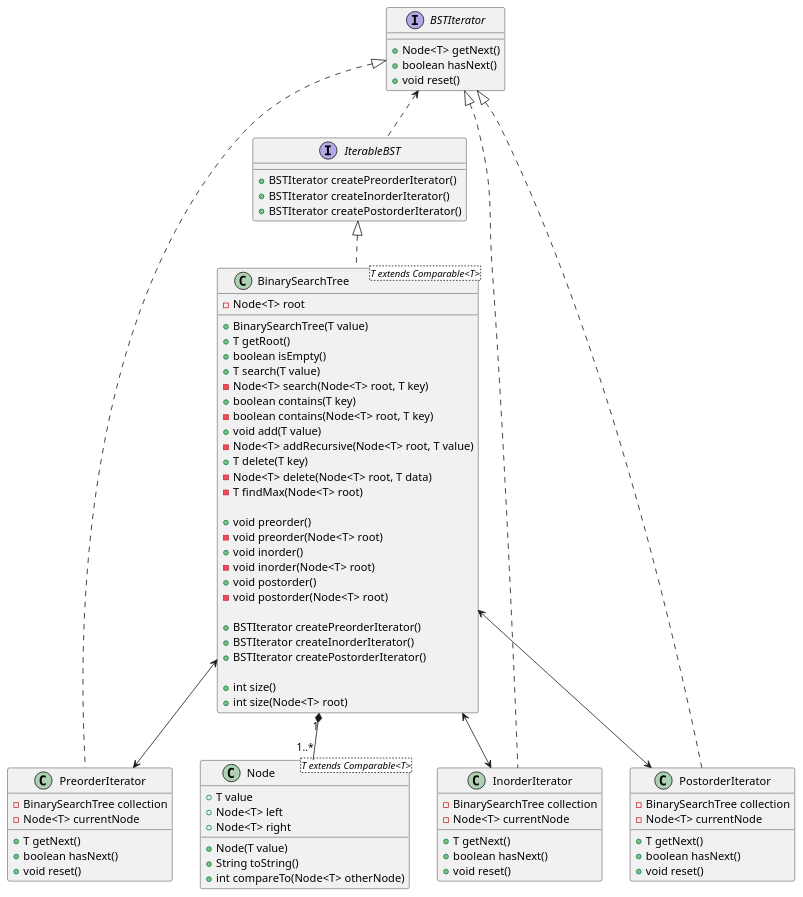
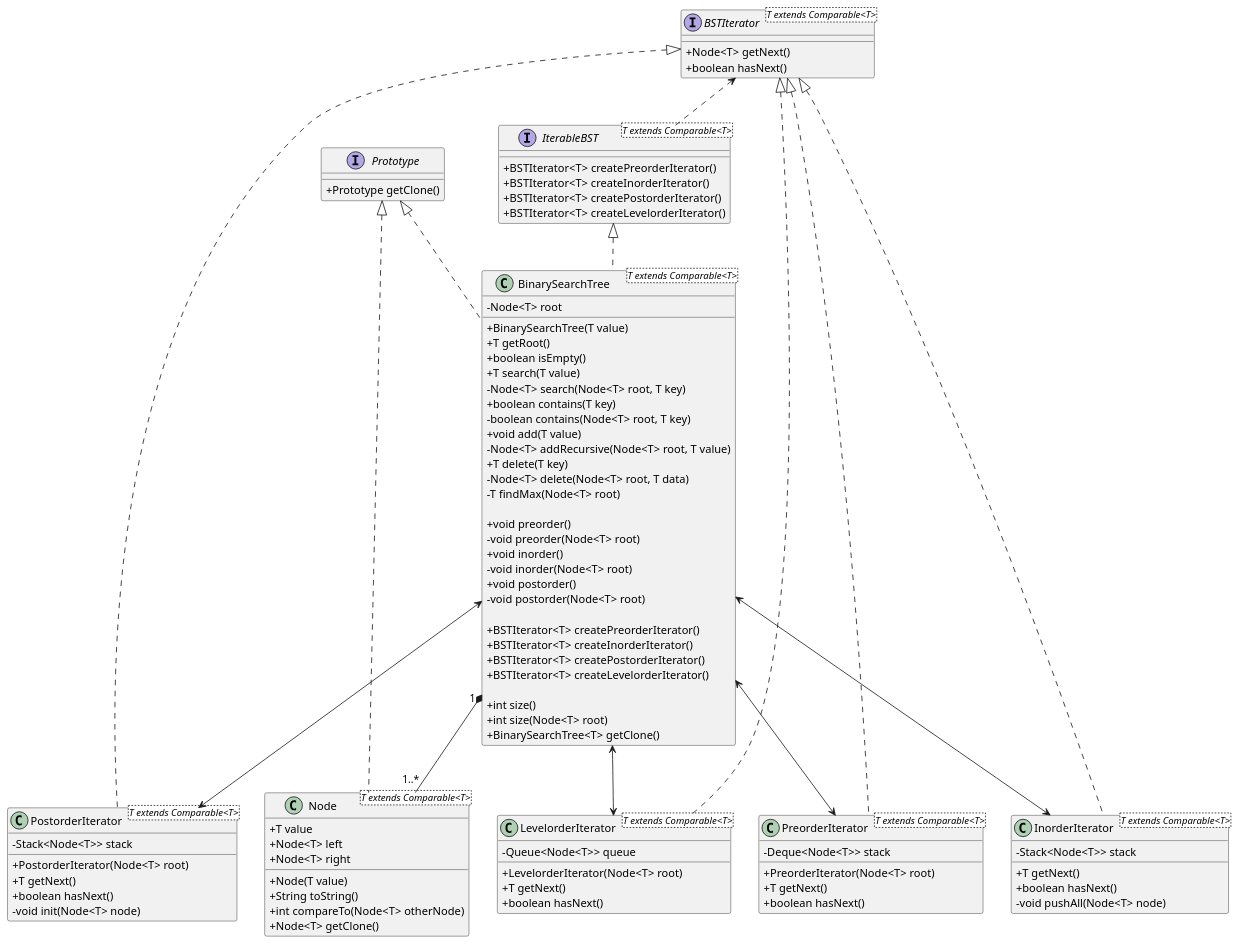
Before and after one commit to yagocdj/Atividade-iterator: the diagram in docs/colaborativaum.plantuml, drawn with PlantUML.

Commit message:
ajustando o diagrama de classes

```diff
--- a/docs/colaborativaum.plantuml
+++ b/docs/colaborativaum.plantuml
@@ -1,103 +1,122 @@
 @startuml colaborativaum
-' skinparam ClassAttributeIconSize 0
+skinparam ClassAttributeIconSize 0
 
 class Node<T extends Comparable<T>> {
     + T value
     + Node<T> left
     + Node<T> right
 
     + Node(T value)
     + String toString()
     + int compareTo(Node<T> otherNode)
+    + Node<T> getClone()
 }
 
 ' IterableCollection
-interface IterableBST {
-    + BSTIterator createPreorderIterator()
-    + BSTIterator createInorderIterator()
-    + BSTIterator createPostorderIterator()
+interface IterableBST<T extends Comparable<T>> {
+    + BSTIterator<T> createPreorderIterator()
+    + BSTIterator<T> createInorderIterator()
+    + BSTIterator<T> createPostorderIterator()
+    + BSTIterator<T> createLevelorderIterator()
 }
 
 ' ConcreteCollection
 class BinarySearchTree<T extends Comparable<T>> {
     - Node<T> root
 
     + BinarySearchTree(T value)
     + T getRoot()
     + boolean isEmpty()
     + T search(T value)
     - Node<T> search(Node<T> root, T key)
     + boolean contains(T key)
     - boolean contains(Node<T> root, T key)
     + void add(T value)
     - Node<T> addRecursive(Node<T> root, T value)
     + T delete(T key)
     - Node<T> delete(Node<T> root, T data)
     - T findMax(Node<T> root)
     
     ' iterate through the tree
     + void preorder()
     - void preorder(Node<T> root)
     + void inorder()
     - void inorder(Node<T> root)
     + void postorder()
     - void postorder(Node<T> root)
 
-    + BSTIterator createPreorderIterator()
-    + BSTIterator createInorderIterator()
-    + BSTIterator createPostorderIterator()
+    + BSTIterator<T> createPreorderIterator()
+    + BSTIterator<T> createInorderIterator()
+    + BSTIterator<T> createPostorderIterator()
+    + BSTIterator<T> createLevelorderIterator()
     
     + int size()
     + int size(Node<T> root)
+    + BinarySearchTree<T> getClone()
 }
 
 ' Iterator interface
-interface BSTIterator {
+interface BSTIterator<T extends Comparable<T>> {
     + Node<T> getNext()
     + boolean hasNext()
-    + void reset()
 }
 
 ' Concrete Iterators
-class PreorderIterator {
-    - BinarySearchTree collection
-    - Node<T> currentNode
+class PreorderIterator<T extends Comparable<T>> {
+    - Deque<Node<T>> stack
+
+    + PreorderIterator(Node<T> root)
+    + T getNext()
+    + boolean hasNext()
+}
+
+class InorderIterator<T extends Comparable<T>> {
+    - Stack<Node<T>> stack
 
     + T getNext()
     + boolean hasNext()
-    + void reset()
+    - void pushAll(Node<T> node)
 }
 
-class InorderIterator {
-    - BinarySearchTree collection
-    - Node<T> currentNode
+class PostorderIterator<T extends Comparable<T>> {
+    - Stack<Node<T>> stack
 
+    + PostorderIterator(Node<T> root)
     + T getNext()
     + boolean hasNext()
-    + void reset()
+    - void init(Node<T> node)
 }
 
-class PostorderIterator {
-    - BinarySearchTree collection
-    - Node<T> currentNode
+class LevelorderIterator<T extends Comparable<T>> {
+    - Queue<Node<T>> queue
 
+    + LevelorderIterator(Node<T> root)
     + T getNext()
     + boolean hasNext()
-    + void reset()
+}
+
+' Prototype interface
+interface Prototype {
+    + Prototype getClone()
 }
 
 ' Relationships
 BinarySearchTree "1" *-- "1..*" Node
 IterableBST <|.. BinarySearchTree
 
 BSTIterator <.. IterableBST
 
 BinarySearchTree <--> PreorderIterator
 BinarySearchTree <--> InorderIterator
 BinarySearchTree <--> PostorderIterator
+BinarySearchTree <--> LevelorderIterator
 
 BSTIterator <|.. PreorderIterator
 BSTIterator <|.. InorderIterator
 BSTIterator <|.. PostorderIterator
+BSTIterator <|.. LevelorderIterator
+
+Prototype <|.. Node
+Prototype <|.. BinarySearchTree
 
 @enduml
```
